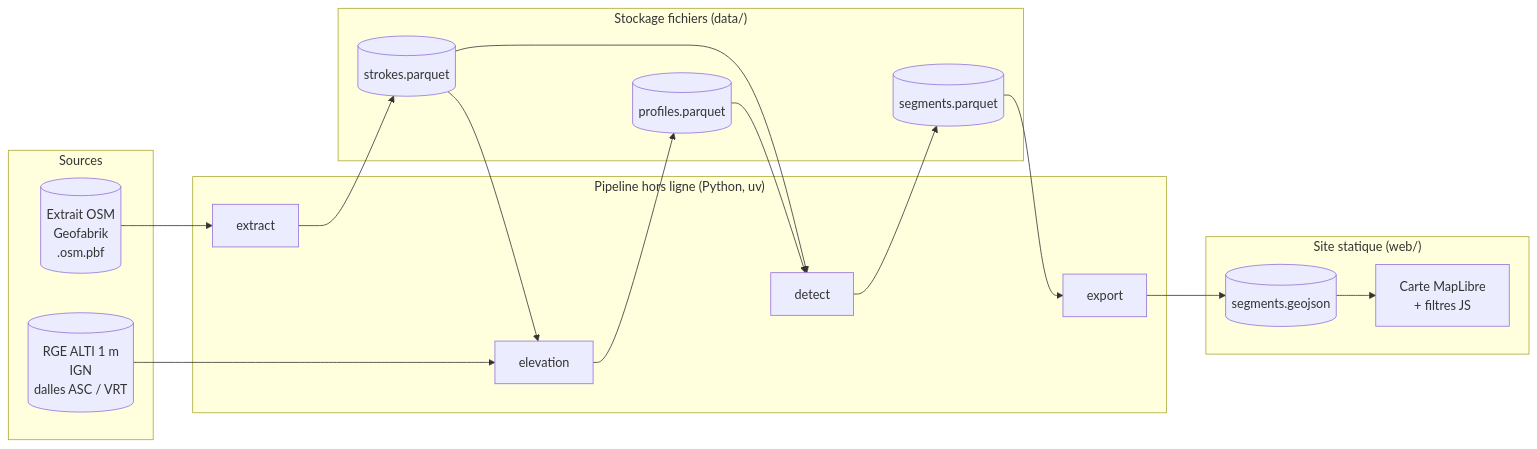
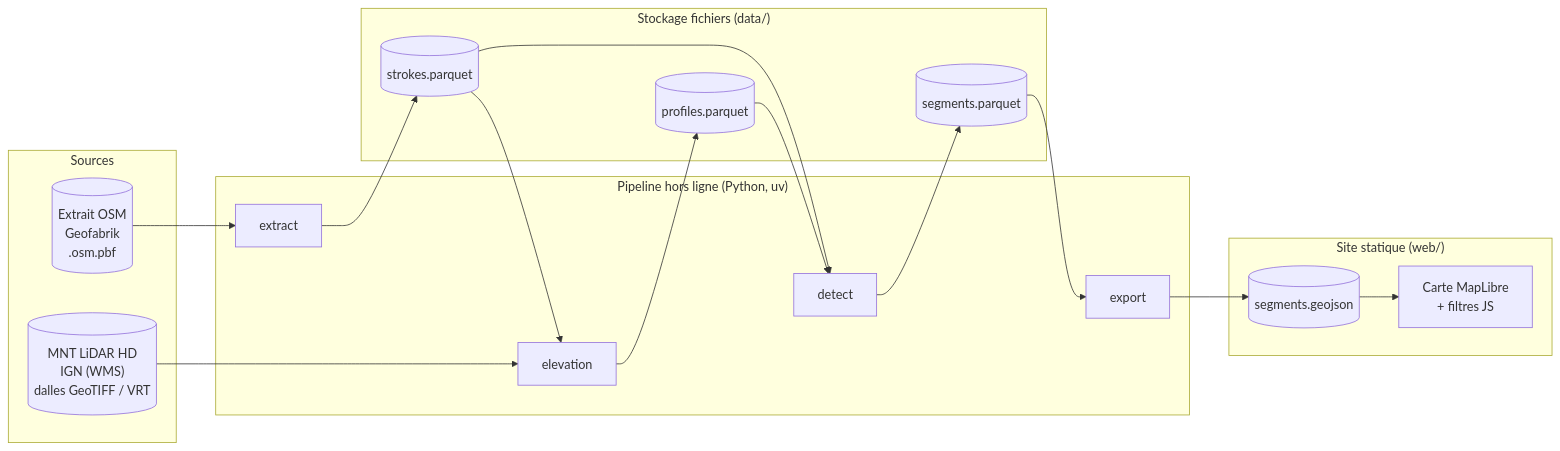
The first of 4 diagrams in docs/architecture.md (jsilobre/Flat-segments), drawn with Mermaid before and after one commit. The commit also changed other lines of this file and 8 other files, not shown here.

````diff
--- a/docs/architecture.md
+++ b/docs/architecture.md
@@ -33,31 +33,31 @@
 ```mermaid
 flowchart LR
     subgraph Sources
         OSM[("Extrait OSM<br/>Geofabrik<br/>.osm.pbf")]
-        DEM[("RGE ALTI 1 m<br/>IGN<br/>dalles ASC / VRT")]
+        DEM[("MNT LiDAR HD<br/>IGN (WMS)<br/>dalles GeoTIFF / VRT")]
     end
 
     subgraph Pipeline["Pipeline hors ligne (Python, uv)"]
         EX[extract]
         EL[elevation]
         DE[detect]
         XP[export]
     end
 
     subgraph Stockage["Stockage fichiers (data/)"]
         ST[("strokes.parquet")]
         PR[("profiles.parquet")]
         SG[("segments.parquet")]
     end
 
     subgraph Front["Site statique (web/)"]
         GJ[("segments.geojson")]
         UI["Carte MapLibre<br/>+ filtres JS"]
     end
 
     OSM --> EX --> ST
     ST --> EL
     DEM --> EL --> PR
     ST --> DE
     PR --> DE --> SG --> XP --> GJ --> UI
 ```
````
